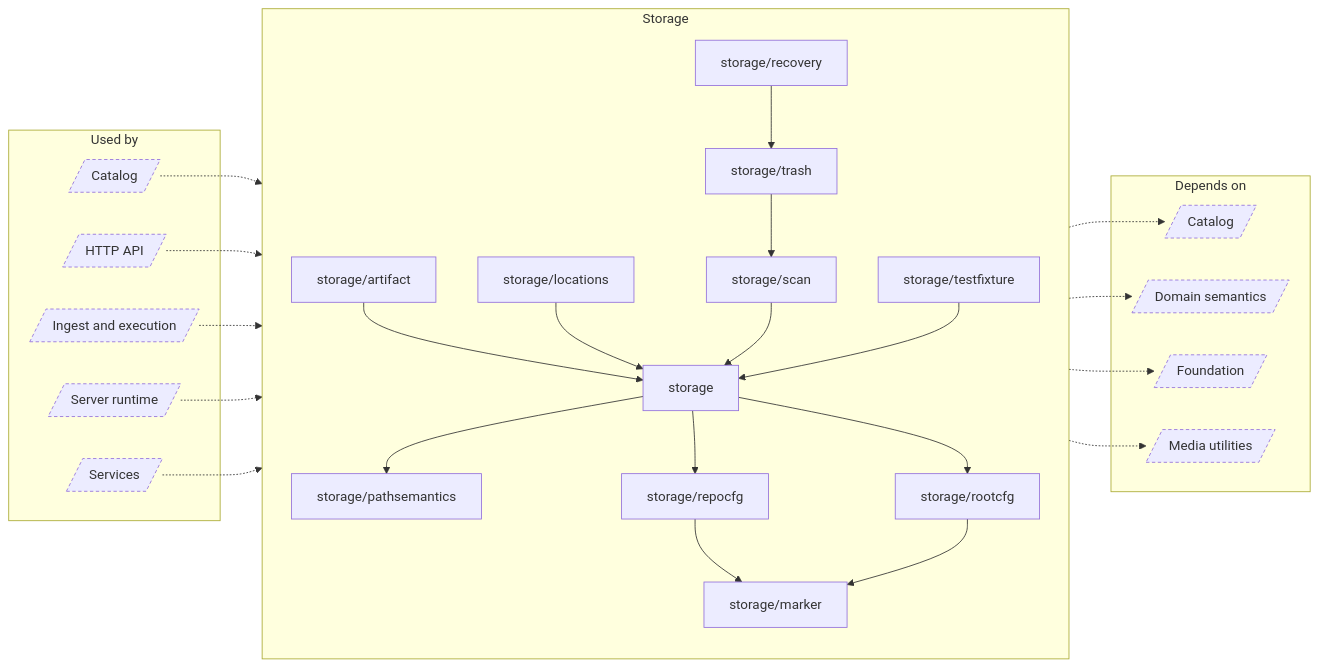
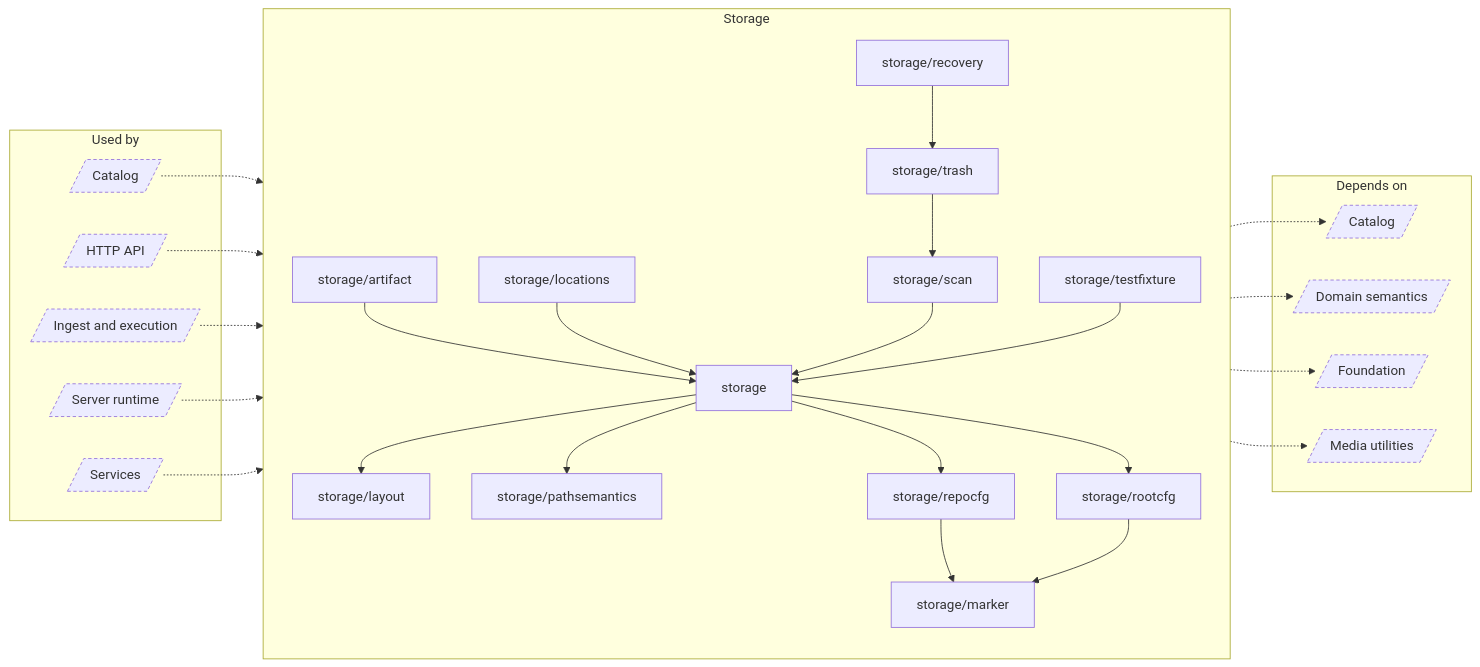
Before and after one commit to EdwinZhanCN/Lumilio-Photos: the diagram in docs/atlas/generated/architecture/group-storage.md, drawn with Mermaid. The commit also changed other lines of this file and 22 other files, not shown here.

First line of the commit message:
feat(storage): repository-layout Phase 1: the storage/layout package (RL1)

````diff
--- a/docs/atlas/generated/architecture/group-storage.md
+++ b/docs/atlas/generated/architecture/group-storage.md
@@ -9,51 +9,53 @@
 ```mermaid
 flowchart LR
     subgraph n_g_Used_by["Used by"]
         n_in_catalog[/"Catalog"/]
         n_in_http[/"HTTP API"/]
         n_in_ingest[/"Ingest and execution"/]
         n_in_runtime[/"Server runtime"/]
         n_in_service[/"Services"/]
     end
     subgraph n_g_Storage["Storage"]
         n_server_internal_storage["storage"]
         n_server_internal_storage_artifact["storage/artifact"]
+        n_server_internal_storage_layout["storage/layout"]
         n_server_internal_storage_locations["storage/locations"]
         n_server_internal_storage_marker["storage/marker"]
         n_server_internal_storage_pathsemantics["storage/pathsemantics"]
         n_server_internal_storage_recovery["storage/recovery"]
         n_server_internal_storage_repocfg["storage/repocfg"]
         n_server_internal_storage_rootcfg["storage/rootcfg"]
         n_server_internal_storage_scan["storage/scan"]
         n_server_internal_storage_testfixture["storage/testfixture"]
         n_server_internal_storage_trash["storage/trash"]
     end
     subgraph n_g_Depends_on["Depends on"]
         n_out_catalog[/"Catalog"/]
         n_out_domain[/"Domain semantics"/]
         n_out_foundation[/"Foundation"/]
         n_out_media[/"Media utilities"/]
     end
     n_in_catalog -.-> n_g_Storage
     n_in_http -.-> n_g_Storage
     n_in_ingest -.-> n_g_Storage
     n_in_runtime -.-> n_g_Storage
     n_in_service -.-> n_g_Storage
+    n_server_internal_storage --> n_server_internal_storage_layout
     n_server_internal_storage --> n_server_internal_storage_pathsemantics
     n_server_internal_storage --> n_server_internal_storage_repocfg
     n_server_internal_storage --> n_server_internal_storage_rootcfg
     n_server_internal_storage_artifact --> n_server_internal_storage
     n_server_internal_storage_locations --> n_server_internal_storage
     n_server_internal_storage_recovery --> n_server_internal_storage_trash
     n_server_internal_storage_repocfg --> n_server_internal_storage_marker
     n_server_internal_storage_rootcfg --> n_server_internal_storage_marker
     n_server_internal_storage_scan --> n_server_internal_storage
     n_server_internal_storage_testfixture --> n_server_internal_storage
     n_server_internal_storage_trash --> n_server_internal_storage_scan
     n_g_Storage -.-> n_out_catalog
     n_g_Storage -.-> n_out_domain
     n_g_Storage -.-> n_out_foundation
     n_g_Storage -.-> n_out_media
     classDef external stroke-dasharray:4 3
     class n_in_catalog,n_in_http,n_in_ingest,n_in_runtime,n_in_service,n_out_catalog,n_out_domain,n_out_foundation,n_out_media external
 ```
````
